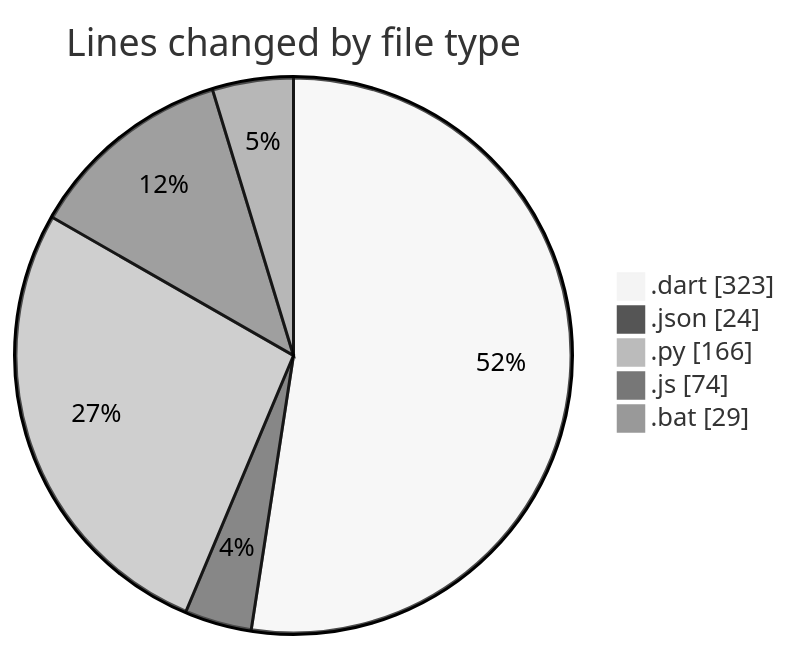
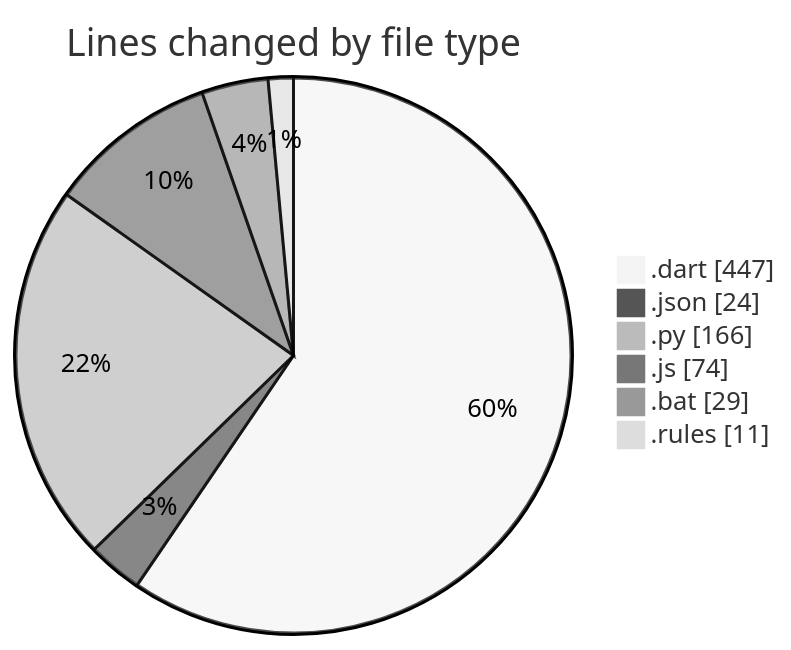
One commit to lephambinh05/code-tracking changed the first of 2 diagrams in 2025-08-04/studybuddy/README.md. Above: the diagram before and after it, drawn with Mermaid (neutral theme). The commit also changed other lines of this file and 1 other file, not shown here.

````diff
--- a/2025-08-04/studybuddy/README.md
+++ b/2025-08-04/studybuddy/README.md
@@ -31,9 +32,10 @@
 ```mermaid
 pie showData
 title Lines changed by file type
-".dart" : 323
+".dart" : 447
 ".json" : 24
 ".py" : 166
 ".js" : 74
 ".bat" : 29
+".rules" : 11
 ```
````
